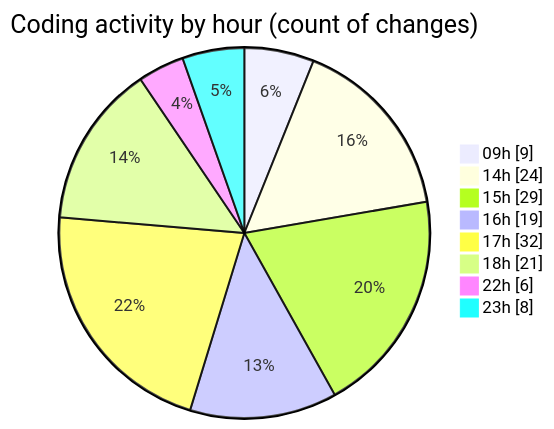
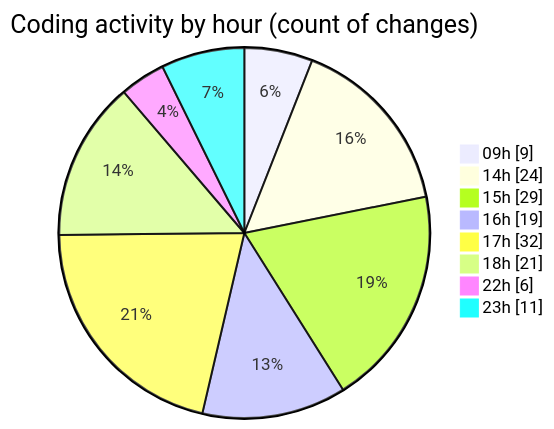
One commit to julien-gomy/code-tracking changed the second of 2 diagrams in 2025-11-25/eventscop-frontend-guide__workspace_/README.md. Above: the diagram before and after it, drawn with Mermaid. The commit also changed other lines of this file and 1 other file, not shown here.

````diff
--- a/2025-11-25/eventscop-frontend-guide__workspace_/README.md
+++ b/2025-11-25/eventscop-frontend-guide__workspace_/README.md
@@ -57,12 +57,12 @@
 ```mermaid
 pie showData
 title Coding activity by hour (count of changes)
 "09h" : 9
 "14h" : 24
 "15h" : 29
 "16h" : 19
 "17h" : 32
 "18h" : 21
 "22h" : 6
-"23h" : 8
+"23h" : 11
 ```
````
